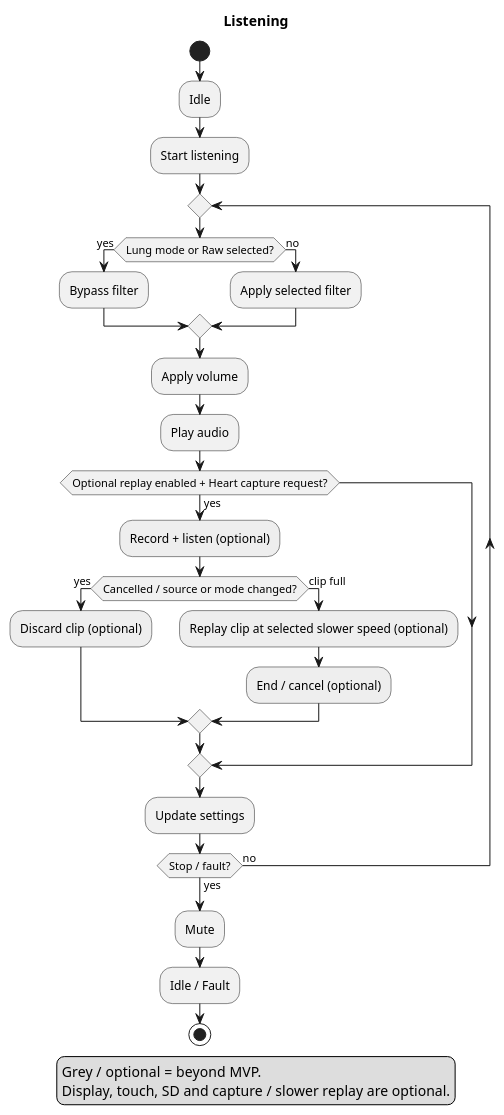
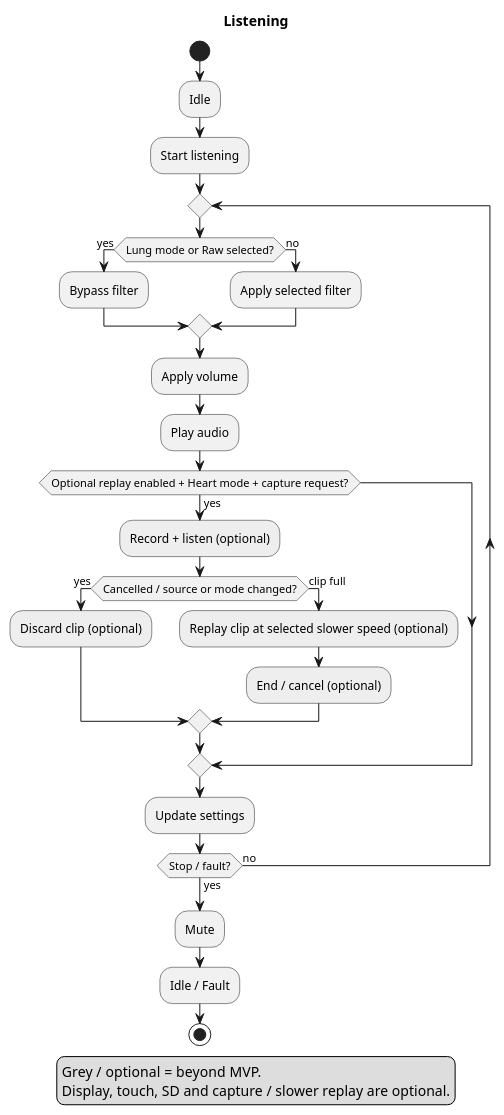
The diagram in Development/system/architecture/listening-workflow.puml (DemonicPsychoII/DigitalStethoscope), drawn with PlantUML before and after one commit. The commit also changed 4 other files, not shown here.

First line of the commit message:
Clarify optional capture conditions and worker roles

```diff
--- a/Development/system/architecture/listening-workflow.puml
+++ b/Development/system/architecture/listening-workflow.puml
@@ -1,34 +1,34 @@
 @startuml listening_workflow
 skinparam shadowing false
 skinparam defaultFontName SansSerif
 title Listening
 start
 :Idle;
 :Start listening;
 repeat
  if (Lung mode or Raw selected?) then (yes)
   :Bypass filter;
  else (no)
   :Apply selected filter;
  endif
  :Apply volume;
  :Play audio;
- if (Optional replay enabled + Heart capture request?) then (yes)
+ if (Optional replay enabled + Heart mode + capture request?) then (yes)
   #EEEEEE:Record + listen (optional);
   if (Cancelled / source or mode changed?) then (yes)
    #EEEEEE:Discard clip (optional);
   else (clip full)
    #EEEEEE:Replay clip at selected slower speed (optional);
    #EEEEEE:End / cancel (optional);
   endif
  endif
  :Update settings;
 repeat while (Stop / fault?) is (no) not (yes)
 :Mute;
 :Idle / Fault;
 stop
 legend bottom
   Grey / optional = beyond MVP.
   Display, touch, SD and capture / slower replay are optional.
 endlegend
 @enduml
```
